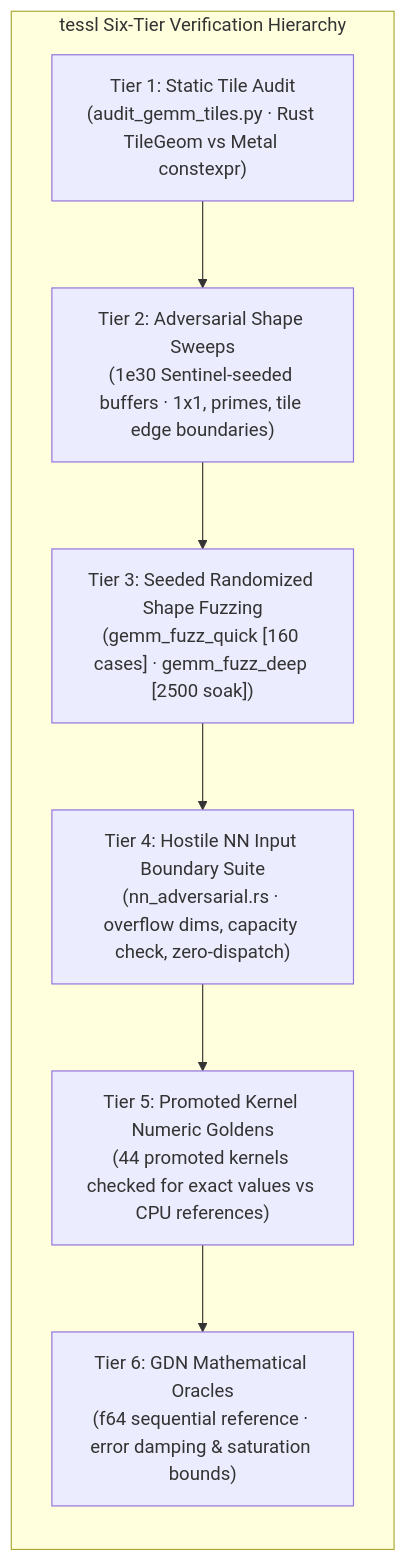
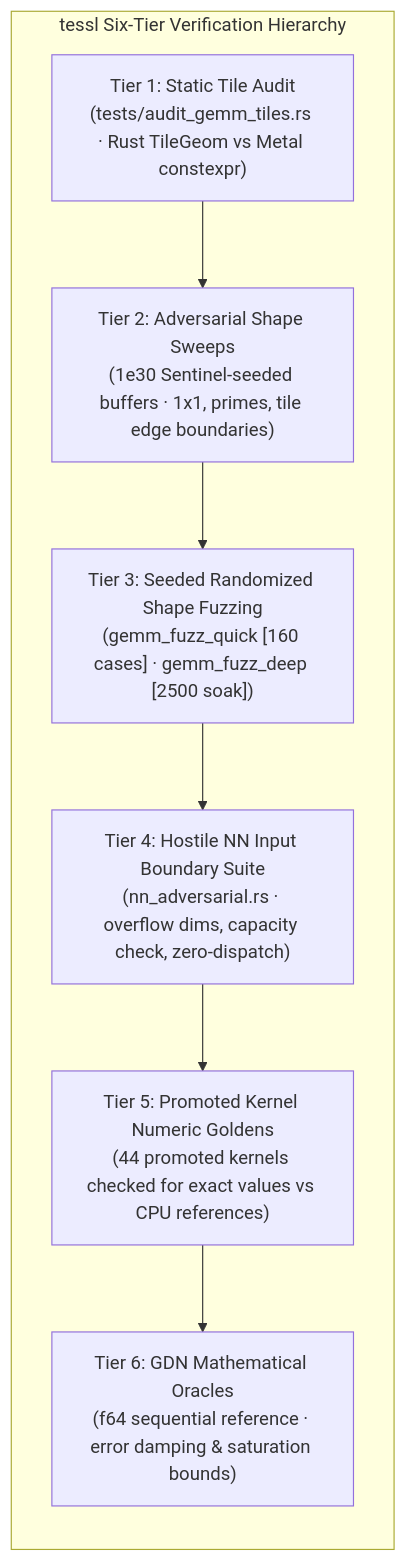
One commit to bharathvbcr/tessl changed the first of 4 diagrams in docs/verification.md. Above: the diagram before and after it, drawn with Mermaid. The commit also changed other lines of this file and 21 other files, not shown here.

Commit message:
hosted CI: device-free test selection, Rust tile audit, dialect lint fails on stale entries, emulator cases for embed_pool and encoder_attn_rows

````diff
--- a/docs/verification.md
+++ b/docs/verification.md
@@ -8,14 +8,14 @@
 ```mermaid
 flowchart TD
     subgraph VHierarchy["tessl Six-Tier Verification Hierarchy"]
         direction TB
-        T1["Tier 1: Static Tile Audit<br/>(audit_gemm_tiles.py · Rust TileGeom vs Metal constexpr)"]
+        T1["Tier 1: Static Tile Audit<br/>(tests/audit_gemm_tiles.rs · Rust TileGeom vs Metal constexpr)"]
         T2["Tier 2: Adversarial Shape Sweeps<br/>(1e30 Sentinel-seeded buffers · 1x1, primes, tile edge boundaries)"]
         T3["Tier 3: Seeded Randomized Shape Fuzzing<br/>(gemm_fuzz_quick [160 cases] · gemm_fuzz_deep [2500 soak])"]
         T4["Tier 4: Hostile NN Input Boundary Suite<br/>(nn_adversarial.rs · overflow dims, capacity check, zero-dispatch)"]
         T5["Tier 5: Promoted Kernel Numeric Goldens<br/>(44 promoted kernels checked for exact values vs CPU references)"]
         T6["Tier 6: GDN Mathematical Oracles<br/>(f64 sequential reference · error damping &amp; saturation bounds)"]
 
         T1 --> T2 --> T3 --> T4 --> T5 --> T6
     end
 ```
````
